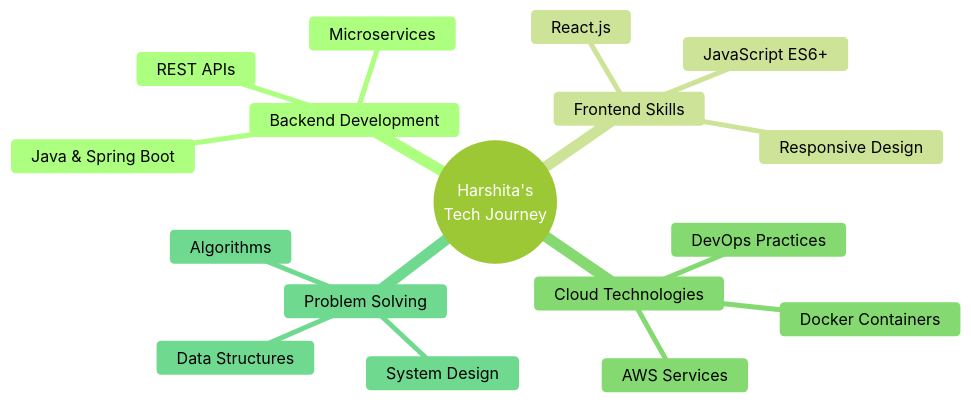
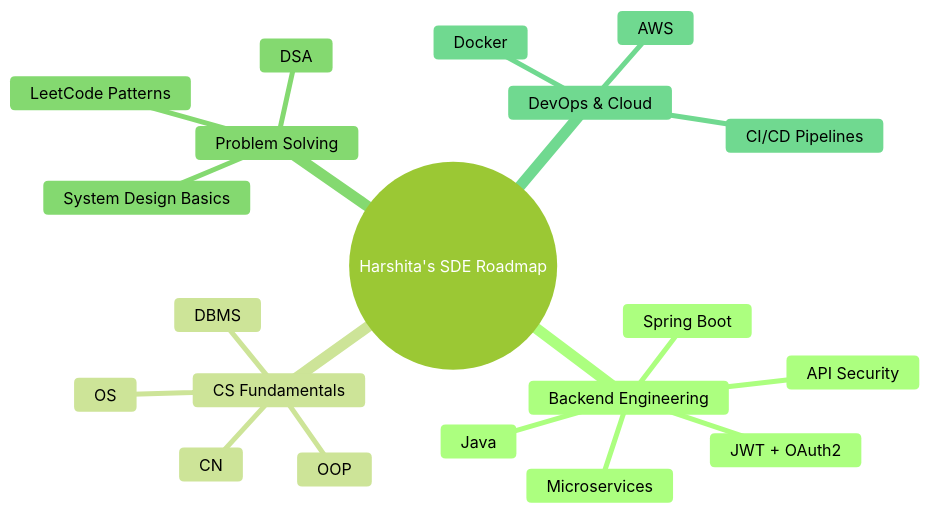
Before and after one commit to hershiee/hershiee: the diagram in README.md, drawn with Mermaid (forest theme). The commit also changed other lines of this file, not shown here.

First line of the commit message:
Revise README for clarity and focus on SDE

````diff
--- a/README.md
+++ b/README.md
@@ -122,20 +121,23 @@
 ```mermaid
 mindmap
-  root((Harshita's<br/>Tech Journey))
-    Backend Development
-      Java & Spring Boot
+  root((Harshita's SDE Roadmap))
+    Backend Engineering
+      Java
+      Spring Boot
       Microservices
-      REST APIs
-    Frontend Skills
-      React.js
-      JavaScript ES6+
-      Responsive Design
-    Cloud Technologies
-      AWS Services
-      Docker Containers
-      DevOps Practices
+      API Security
+      JWT + OAuth2
+    CS Fundamentals
+      OS
+      DBMS
+      OOP
+      CN
     Problem Solving
-      Data Structures
-      Algorithms
-      System Design
+      DSA
+      LeetCode Patterns
+      System Design Basics
+    DevOps & Cloud
+      Docker
+      AWS
+      CI/CD Pipelines
 ```
````
